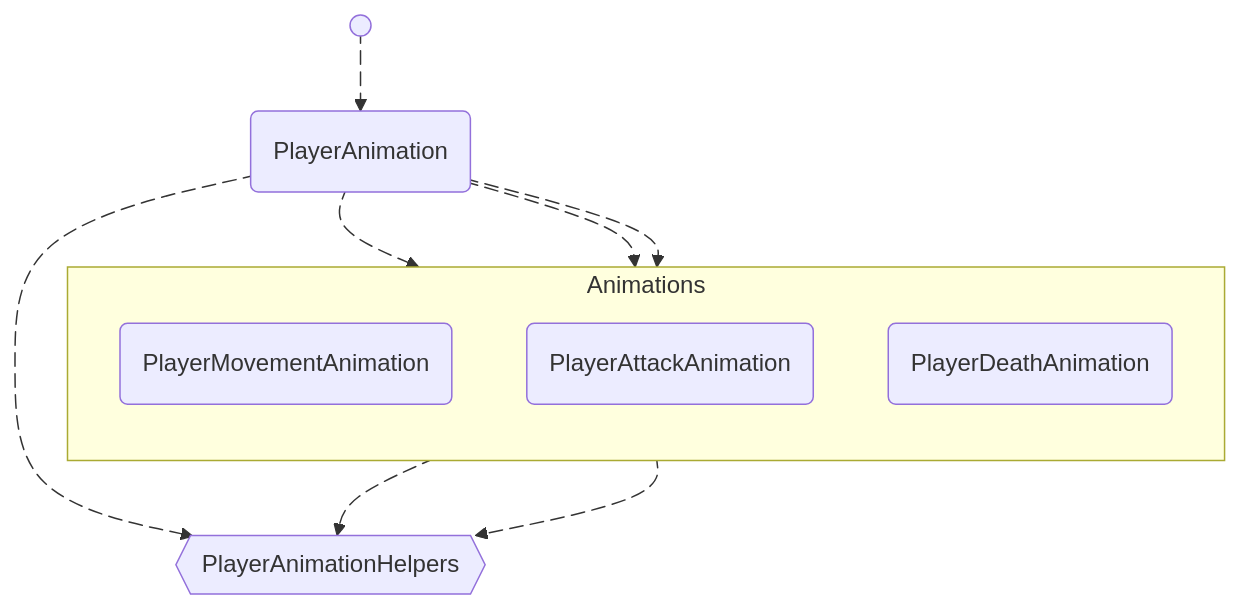
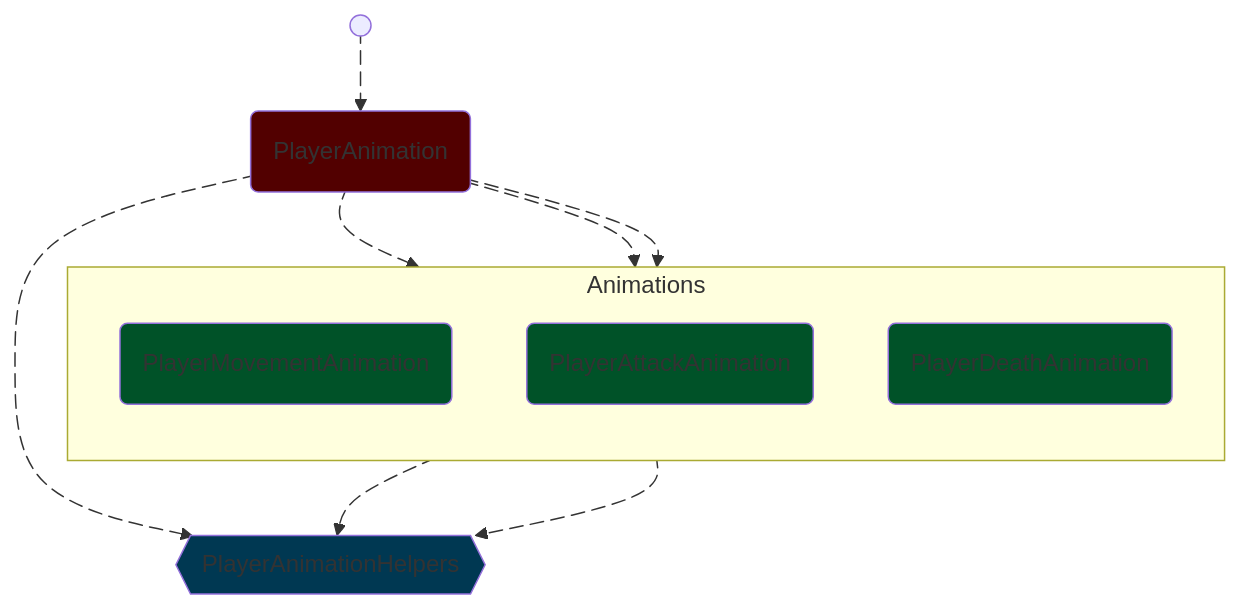
One commit to wenzzzel/untitled-multiplayer-game changed the diagram in README.md. Above: the diagram before and after it, drawn with Mermaid.

Commit message:
Added some colour to chart

````diff
--- a/README.md
+++ b/README.md
@@ -28,31 +28,40 @@
 ```mermaid
 flowchart TB
     START@{ shape: sm-circ, label: "Small start" }
 
     START e7@--> PA(PlayerAnimation)
     
-    subgraph "Animations"
+    subgraph test [Animations]
         direction TB
         PMA(PlayerMovementAnimation)
         PAA(PlayerAttackAnimation)
         PDA(PlayerDeathAnimation)
     end
 
     PAH{{PlayerAnimationHelpers}}
 
     PA e1@--> PMA 
     PA e2@--> PAA
     PA e3@--> PDA
     PA e4@--> PAH
 
     PAA e5@--> PAH
     PDA e6@--> PAH
 
     e1@{ animate: true }
     e2@{ animate: true }
     e3@{ animate: true }
     e4@{ animate: true }
     e5@{ animate: true }
     e6@{ animate: true }
     e7@{ animate: true }
+
+    classDef EntryPoint fill:#520000
+    class PA EntryPoint
+
+    classDef Animations fill:#005228
+    class PMA,PAA,PDA Animations
+
+    classDef Helpers fill:#003852
+    class PAH Helpers
 ```
````
